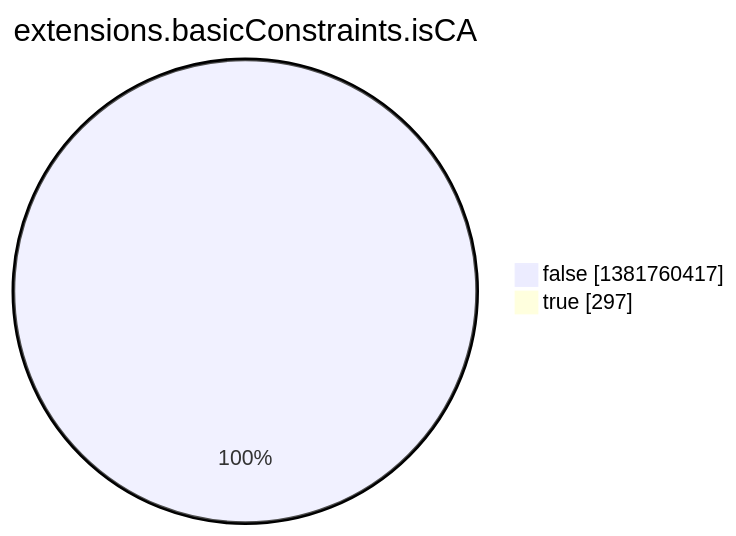
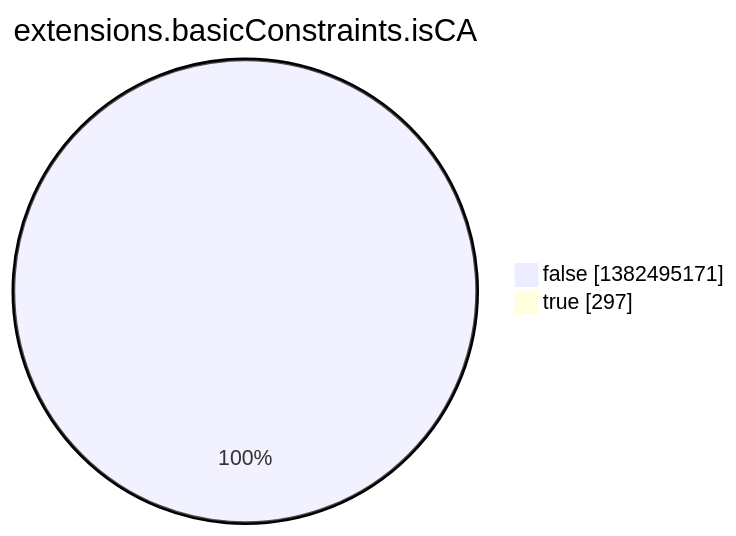
The eighth of 15 diagrams in argon2022/README.md (christiankrug/ctmonitor_visualization), drawn with Mermaid before and after one commit. The commit also changed other lines of this file, not shown here.

````diff
--- a/argon2022/README.md
+++ b/argon2022/README.md
@@ -2759,6 +2759,6 @@
 ```mermaid
 pie showData
 title extensions.basicConstraints.isCA
-"false" :1381760417
+"false" :1382495171
 "true" :297
 ```
````
